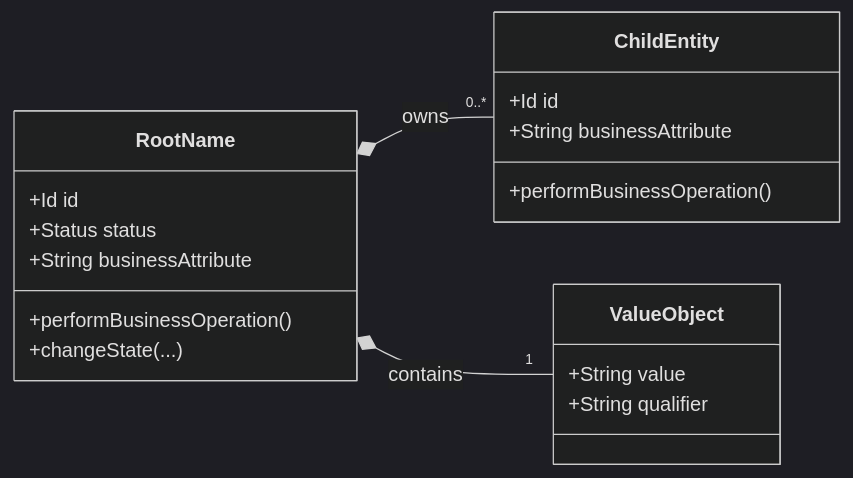
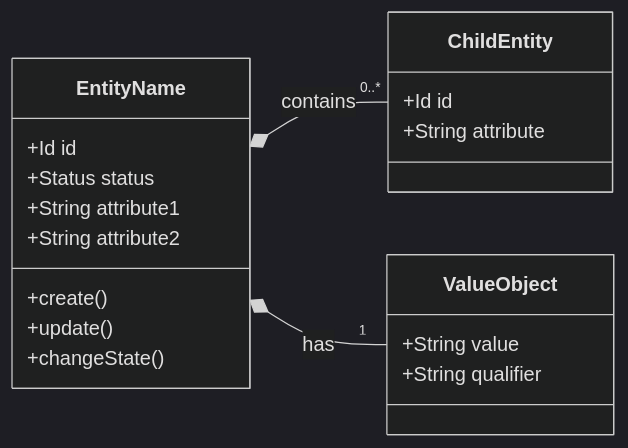
One commit to khinemyaezin/grab changed the second of 3 diagrams in docs/templates/domain-spec-template.md. Above: the diagram before and after it, drawn with Mermaid (dark theme). The commit also changed other lines of this file and 5 other files, not shown here.

````diff
--- a/docs/templates/domain-spec-template.md
+++ b/docs/templates/domain-spec-template.md
@@ -84,26 +66,27 @@
 ```mermaid
 classDiagram
     direction LR
 
-    class RootName {
+    class EntityName {
         +Id id
         +Status status
-        +String businessAttribute
-        +performBusinessOperation()
-        +changeState(...)
+        +String attribute1
+        +String attribute2
+        +create()
+        +update()
+        +changeState()
     }
 
     class ChildEntity {
         +Id id
-        +String businessAttribute
-        +performBusinessOperation()
+        +String attribute
     }
 
     class ValueObject {
         +String value
         +String qualifier
     }
 
-    RootName *-- "0..*" ChildEntity : owns
-    RootName *-- "1" ValueObject : contains
+    EntityName *-- "0..*" ChildEntity : contains
+    EntityName *-- "1" ValueObject : has
 ```
````
